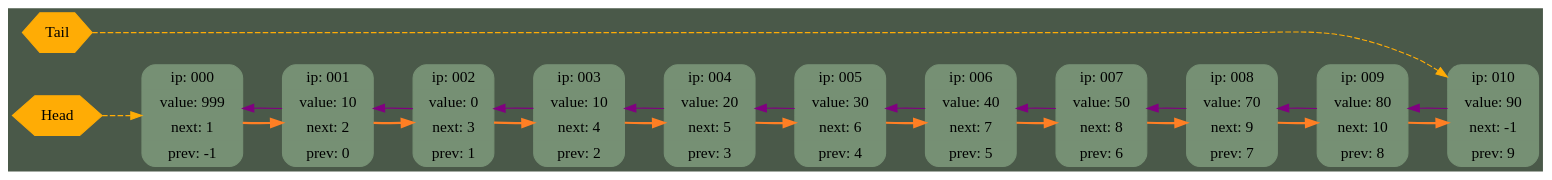
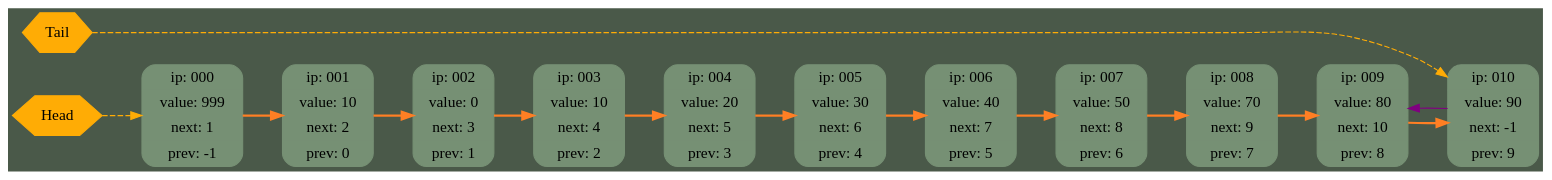
Before and after one commit to rAch-kaplin/List: the diagram in GraphDump/dump.dot, drawn with Graphviz. The commit also changed 2 other files, not shown here.

```diff
--- a/GraphDump/dump.dot
+++ b/GraphDump/dump.dot
@@ -1,45 +1,36 @@
 digraph G {
 	rankdir = LR;
 	bgcolor="#4A5949"
 	node000 [shape=Mrecord; style=filled; color="#769074"; label =  " { ip: 000} | {value: 999} | {next:   1} | {prev:  -1} " ];
 	node001 [shape=Mrecord; style=filled; color="#769074"; label =  " { ip: 001} | {value:  10} | {next:   2} | {prev:   0} " ];
 	node002 [shape=Mrecord; style=filled; color="#769074"; label =  " { ip: 002} | {value:   0} | {next:   3} | {prev:   1} " ];
 	node003 [shape=Mrecord; style=filled; color="#769074"; label =  " { ip: 003} | {value:  10} | {next:   4} | {prev:   2} " ];
 	node004 [shape=Mrecord; style=filled; color="#769074"; label =  " { ip: 004} | {value:  20} | {next:   5} | {prev:   3} " ];
 	node005 [shape=Mrecord; style=filled; color="#769074"; label =  " { ip: 005} | {value:  30} | {next:   6} | {prev:   4} " ];
 	node006 [shape=Mrecord; style=filled; color="#769074"; label =  " { ip: 006} | {value:  40} | {next:   7} | {prev:   5} " ];
 	node007 [shape=Mrecord; style=filled; color="#769074"; label =  " { ip: 007} | {value:  50} | {next:   8} | {prev:   6} " ];
 	node008 [shape=Mrecord; style=filled; color="#769074"; label =  " { ip: 008} | {value:  70} | {next:   9} | {prev:   7} " ];
 	node009 [shape=Mrecord; style=filled; color="#769074"; label =  " { ip: 009} | {value:  80} | {next:  10} | {prev:   8} " ];
 	node010 [shape=Mrecord; style=filled; color="#769074"; label =  " { ip: 010} | {value:  90} | {next:  -1} | {prev:   9} " ];
 
 
 	node000 -> node001 [style=bold; weight=1000; color=chocolate1; ];
 	node001 -> node002 [style=bold; weight=1000; color=chocolate1; ];
 	node002 -> node003 [style=bold; weight=1000; color=chocolate1; ];
 	node003 -> node004 [style=bold; weight=1000; color=chocolate1; ];
 	node004 -> node005 [style=bold; weight=1000; color=chocolate1; ];
 	node005 -> node006 [style=bold; weight=1000; color=chocolate1; ];
 	node006 -> node007 [style=bold; weight=1000; color=chocolate1; ];
 	node007 -> node008 [style=bold; weight=1000; color=chocolate1; ];
 	node008 -> node009 [style=bold; weight=1000; color=chocolate1; ];
 	node009 -> node010 [style=bold; weight=1000; color=chocolate1; ];
 	node010 -> node009 [weight=0; color=purple; constraint=false; ];
-	node009 -> node008 [weight=0; color=purple; constraint=false; ];
-	node008 -> node007 [weight=0; color=purple; constraint=false; ];
-	node007 -> node006 [weight=0; color=purple; constraint=false; ];
-	node006 -> node005 [weight=0; color=purple; constraint=false; ];
-	node005 -> node004 [weight=0; color=purple; constraint=false; ];
-	node004 -> node003 [weight=0; color=purple; constraint=false; ];
-	node003 -> node002 [weight=0; color=purple; constraint=false; ];
-	node002 -> node001 [weight=0; color=purple; constraint=false; ];
-	node001 -> node000 [weight=0; color=purple; constraint=false; ];
 
 	head [shape=hexagon; style=filled; color="#ffac05"; label="Head"];
 	head -> node000 [style=dashed; color="#ffac05"];
 	{ rank = min; head; }
 
 	tail [shape=hexagon; style=filled; color="#ffac05"; label="Tail"];
 	tail -> node010 [style=dashed; color="#ffac05"];
 	{ rank = min; tail; }
 }
```
